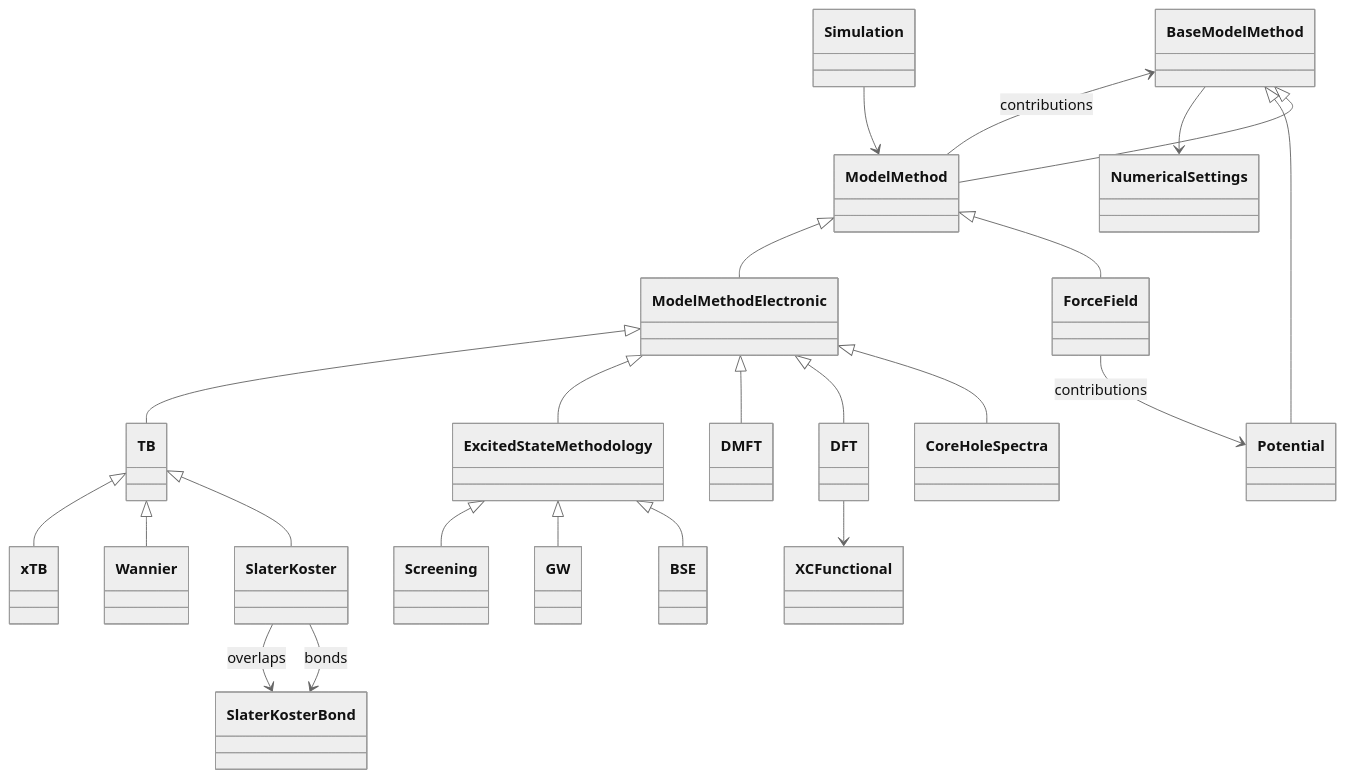
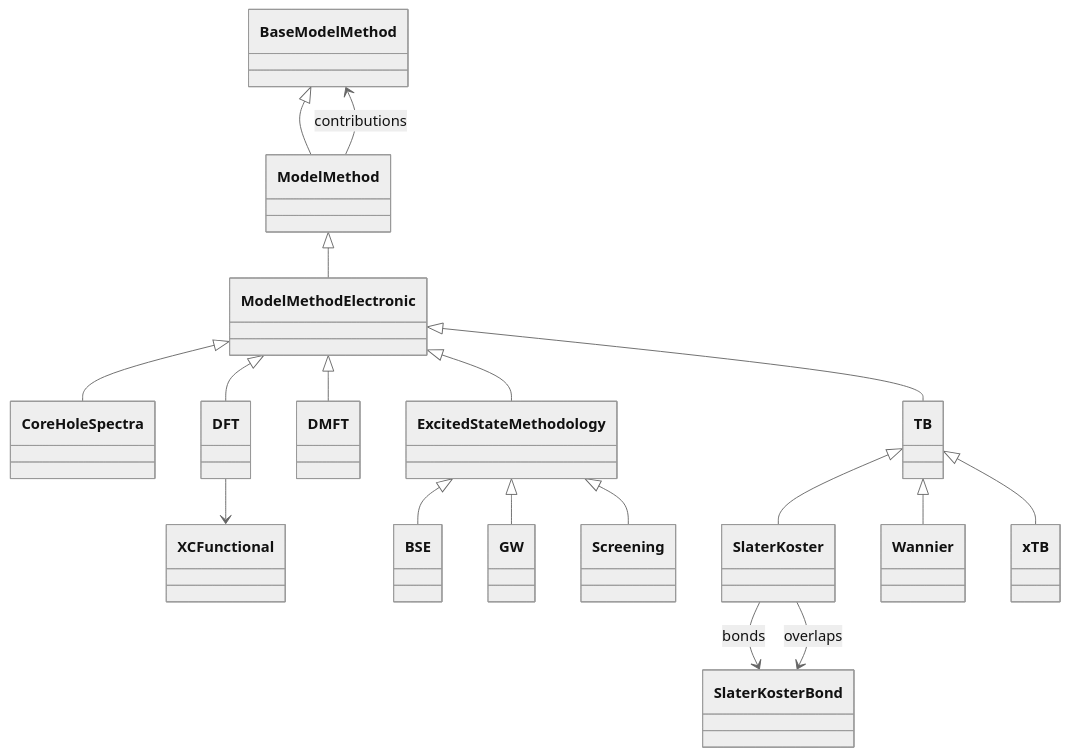
Before and after one commit to FAIRmat-NFDI/nomad-simulations: the first of 2 diagrams in docs/schema/model_method.diagram.md, drawn with Mermaid (neutral theme). The commit also changed other lines of this file and 104 other files, not shown here.

Commit message:
new verticals, new logic for filtering in diagrams, auto docs generation dev docs

````diff
--- a/docs/schema/model_method.diagram.md
+++ b/docs/schema/model_method.diagram.md
@@ -16,65 +16,52 @@
 ```mermaid
 classDiagram
     class BSE {
     }
     class BaseModelMethod {
     }
     class CoreHoleSpectra {
     }
     class DFT {
     }
     class DMFT {
     }
     class ExcitedStateMethodology {
     }
-    class ForceField {
-    }
     class GW {
     }
     class ModelMethod {
     }
     class ModelMethodElectronic {
     }
-    class NumericalSettings {
-    }
-    class Potential {
-    }
     class Screening {
-    }
-    class Simulation {
     }
     class SlaterKoster {
     }
     class SlaterKosterBond {
     }
     class TB {
     }
     class Wannier {
     }
     class XCFunctional {
     }
     class xTB {
     }
     ExcitedStateMethodology <|-- BSE
     ModelMethodElectronic <|-- CoreHoleSpectra
     ModelMethodElectronic <|-- DFT
     ModelMethodElectronic <|-- DMFT
     ModelMethodElectronic <|-- ExcitedStateMethodology
-    ModelMethod <|-- ForceField
     ExcitedStateMethodology <|-- GW
     BaseModelMethod <|-- ModelMethod
     ModelMethod <|-- ModelMethodElectronic
-    BaseModelMethod <|-- Potential
     ExcitedStateMethodology <|-- Screening
     TB <|-- SlaterKoster
     ModelMethodElectronic <|-- TB
     TB <|-- Wannier
     TB <|-- xTB
-    BaseModelMethod --> NumericalSettings
     DFT --> XCFunctional
-    ForceField --> Potential : contributions
     ModelMethod --> BaseModelMethod : contributions
-    Simulation --> ModelMethod
     SlaterKoster --> SlaterKosterBond : bonds
     SlaterKoster --> SlaterKosterBond : overlaps
 ```
````
